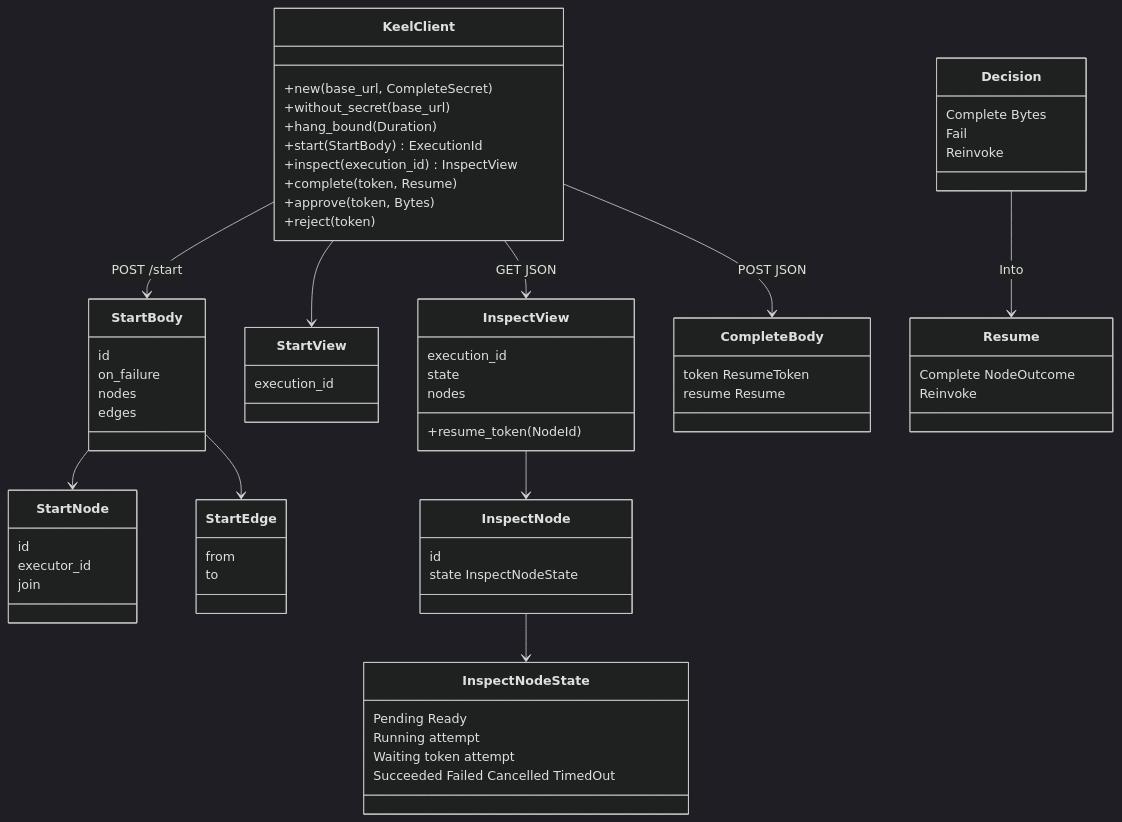
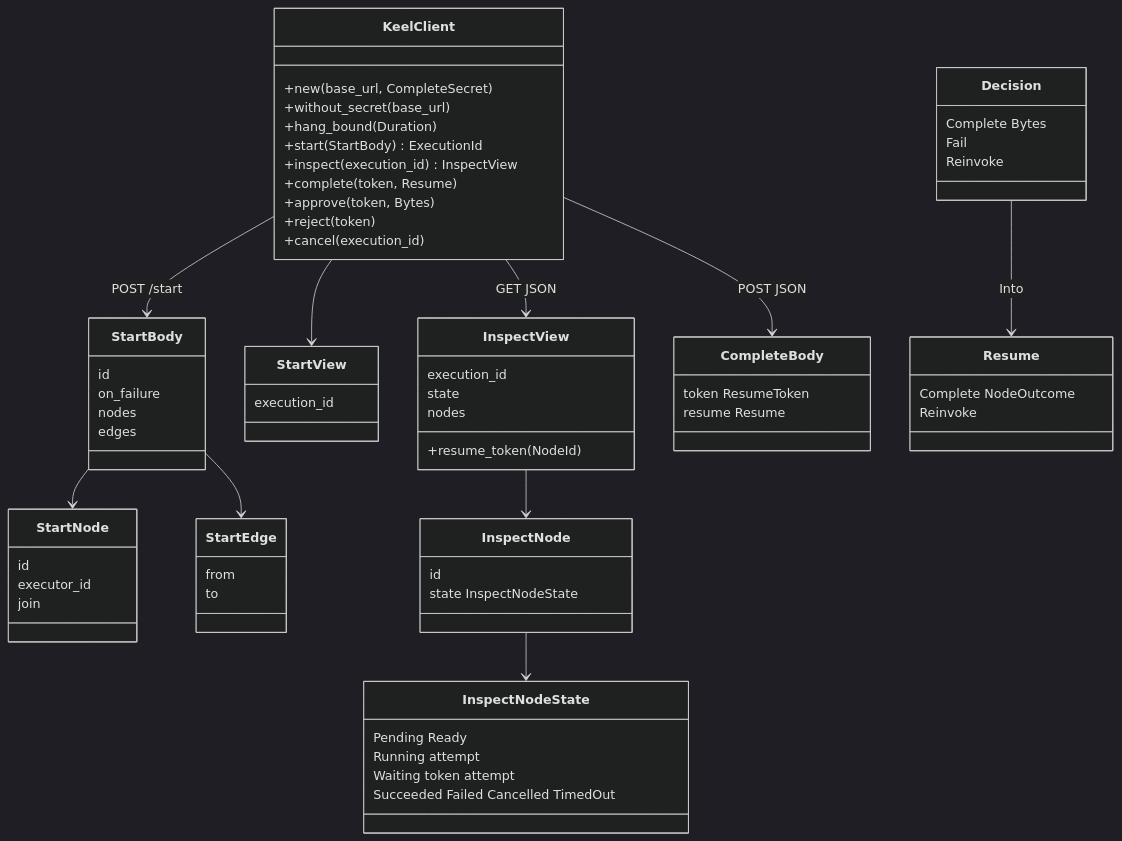
Before and after one commit to nessalabs/keel-rt: the third of 5 diagrams in docs/ARCHITECTURE.md, drawn with Mermaid (dark theme). The commit also changed other lines of this file and 14 other files, not shown here.

First line of the commit message:
http: KeelClient::cancel one execution by id

````diff
--- a/docs/ARCHITECTURE.md
+++ b/docs/ARCHITECTURE.md
@@ -134,69 +139,70 @@
 ```mermaid
 classDiagram
   class KeelClient {
     +new(base_url, CompleteSecret)
     +without_secret(base_url)
     +hang_bound(Duration)
     +start(StartBody) ExecutionId
     +inspect(execution_id) InspectView
     +complete(token, Resume)
     +approve(token, Bytes)
     +reject(token)
+    +cancel(execution_id)
   }
   class StartBody {
     id
     on_failure
     nodes
     edges
   }
   class StartNode {
     id
     executor_id
     join
   }
   class StartEdge {
     from
     to
   }
   class StartView {
     execution_id
   }
   class InspectView {
     execution_id
     state
     nodes
     +resume_token(NodeId)
   }
   class InspectNode {
     id
     state InspectNodeState
   }
   class InspectNodeState {
     Pending Ready
     Running attempt
     Waiting token attempt
     Succeeded Failed Cancelled TimedOut
   }
   class Decision {
     Complete Bytes
     Fail
     Reinvoke
   }
   class CompleteBody {
     token ResumeToken
     resume Resume
   }
   class Resume {
     Complete NodeOutcome
     Reinvoke
   }
   StartBody --> StartNode
   StartBody --> StartEdge
   Decision --> Resume : Into
   KeelClient --> StartBody : POST /start
   KeelClient --> StartView
   KeelClient --> InspectView : GET JSON
   InspectView --> InspectNode
   InspectNode --> InspectNodeState
   KeelClient --> CompleteBody : POST JSON
 ```
````
